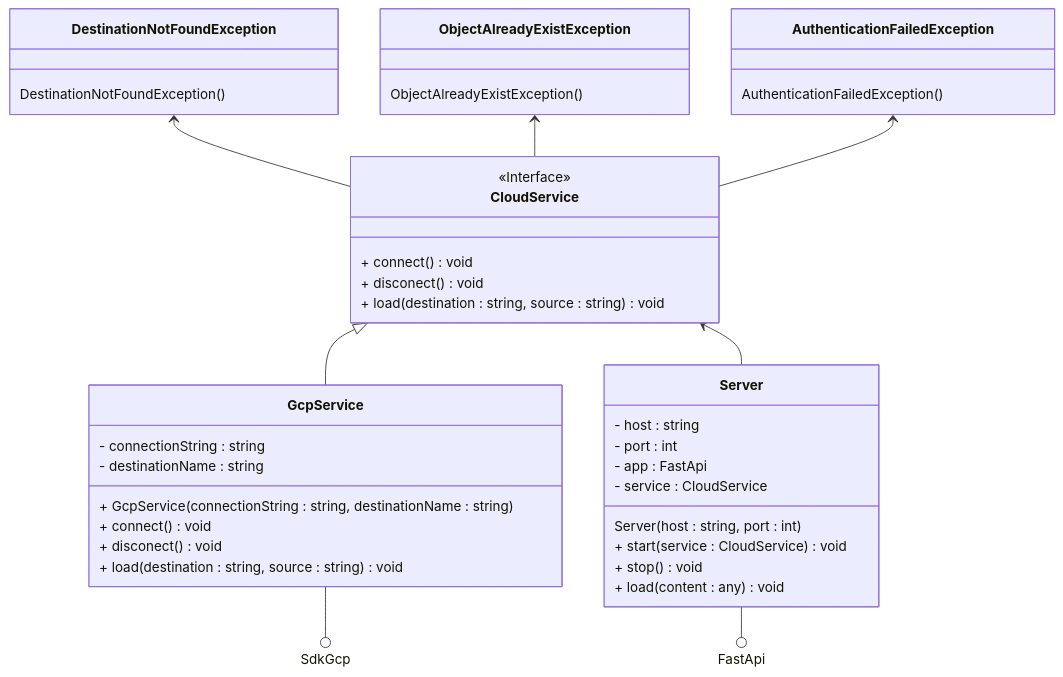
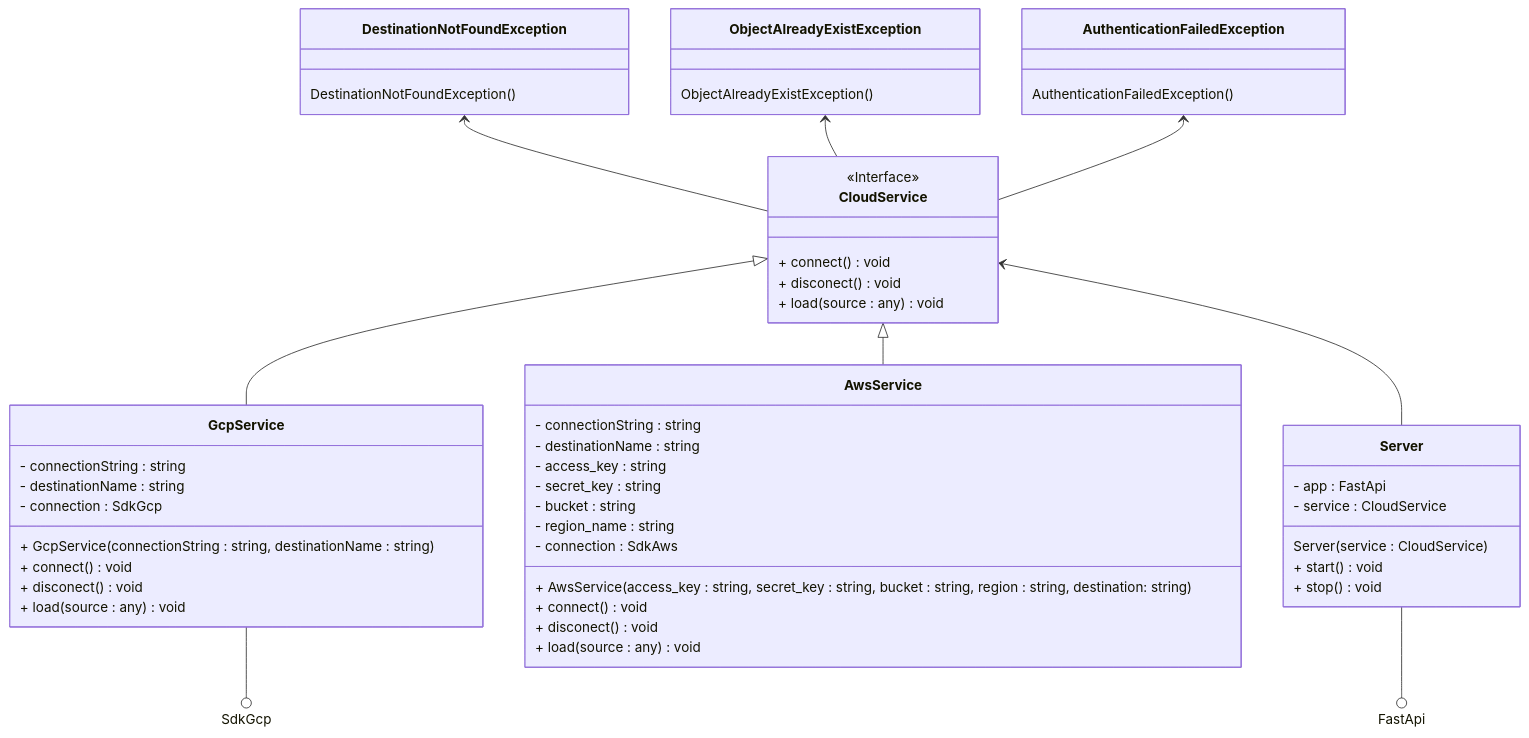
The diagram in docs/class_diagram.md (CPNV-ES-BI1-SBB/EXTERNAL-SOURCE-LOAD-DATALAKE), drawn with Mermaid before and after one commit.

Commit message:
docs: update class diagram

`````diff
--- a/docs/class_diagram.md
+++ b/docs/class_diagram.md
@@ -1,53 +1,66 @@
 ````mermaid
 classDiagram
     class CloudService {
         <<Interface>>        
         + connect() void
         + disconect() void
-        + load(destination : string, source : string) void
+        + load(source : any) void
     }
     
     CloudService <|-- GcpService
     class GcpService {
         - connectionString : string
         - destinationName : string
+        - connection : SdkGcp
 
         + GcpService(connectionString : string, destinationName : string)
         + connect() void 
         + disconect() void
-        + load(destination : string, source : string) void        
+        + load(source : any) void        
     }
     
+    CloudService <|-- AwsService
+    class AwsService {
+        - connectionString : string
+        - destinationName : string
+        - access_key : string
+        - secret_key : string
+        - bucket : string
+        - region_name : string
+        - connection : SdkAws
+
+        + AwsService(access_key : string, secret_key : string, bucket : string, region : string, destination: string)
+        + connect() void 
+        + disconect() void
+        + load(source : any) void        
+    }
     
     CloudService <-- Server
     class Server {
-        - host : string
-        - port : int 
         - app : FastApi
         - service : CloudService
 
-        Server(host : string, port : int)
-        + start(service : CloudService) void
+        Server(service : CloudService)
+        + start() void
         + stop() void
-        + load(content : any) void
     }
     
     DestinationNotFoundException <-- CloudService
     class DestinationNotFoundException {
         DestinationNotFoundException()
     }
     
     ObjectAlreadyExistException <-- CloudService
     class ObjectAlreadyExistException {
         ObjectAlreadyExistException()
     }
     
     AuthenticationFailedException <-- CloudService
     class AuthenticationFailedException {
         AuthenticationFailedException()
     }
 
     GcpService --() SdkGcp
     Server --() FastApi
     
 ````
`````
